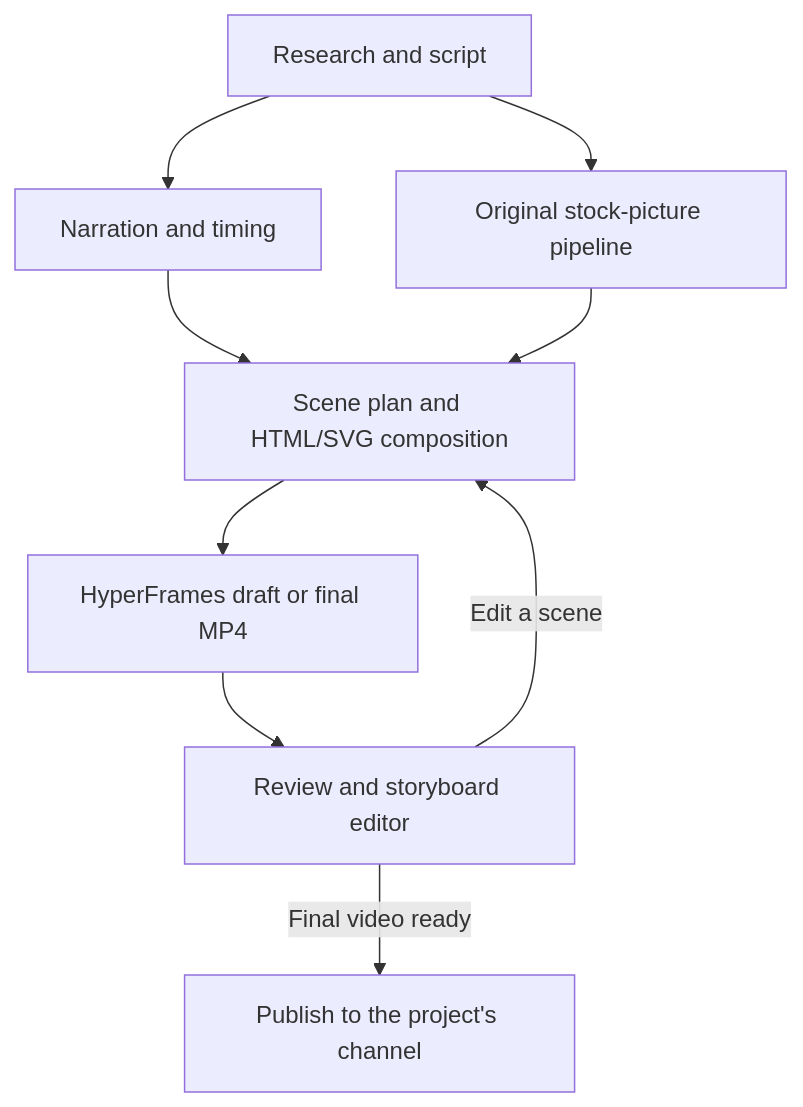
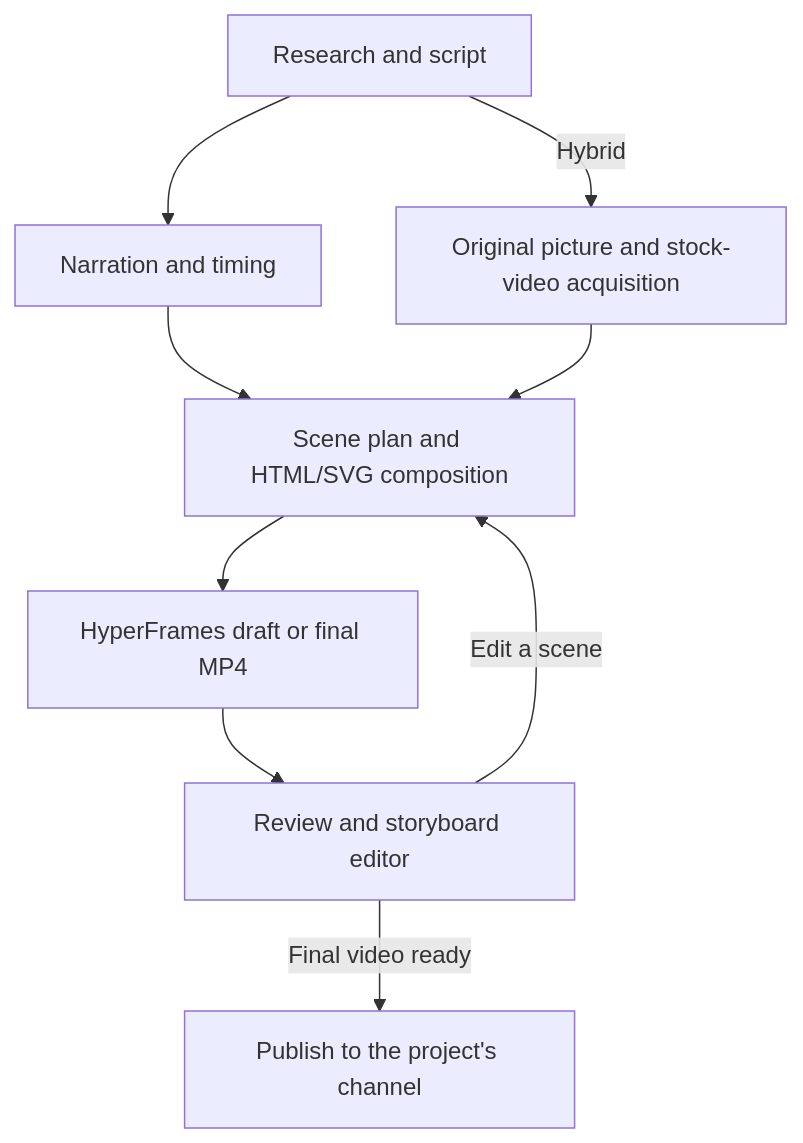
Before and after one commit to al3ahel/youtube-agentic-ai-studio: the diagram in README.md, drawn with Mermaid. The commit also changed other lines of this file and 59 other files, not shown here.

````diff
--- a/README.md
+++ b/README.md
@@ -225,11 +230,11 @@
 ```mermaid
 flowchart TD
     A["Research and script"] --> B["Narration and timing"]
-    A --> C["Original stock-picture pipeline"]
+    A -->|Hybrid| C["Original picture and stock-video acquisition"]
     B --> D["Scene plan and HTML/SVG composition"]
     C --> D
     D --> E["HyperFrames draft or final MP4"]
     E --> F["Review and storyboard editor"]
     F -->|Edit a scene| D
     F -->|Final video ready| G["Publish to the project's channel"]
 ```
````
